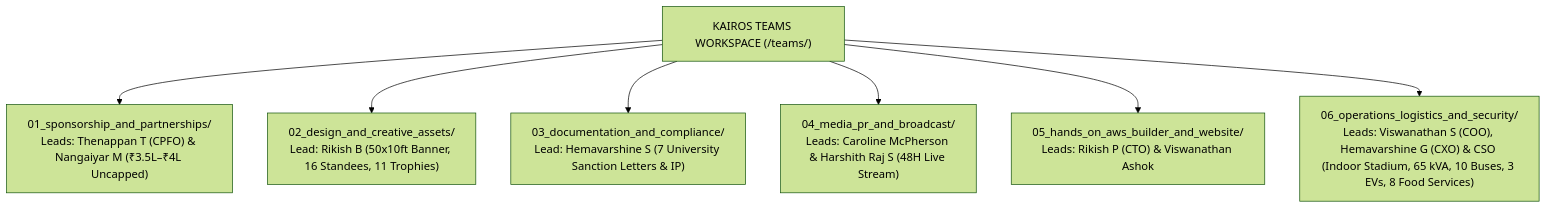
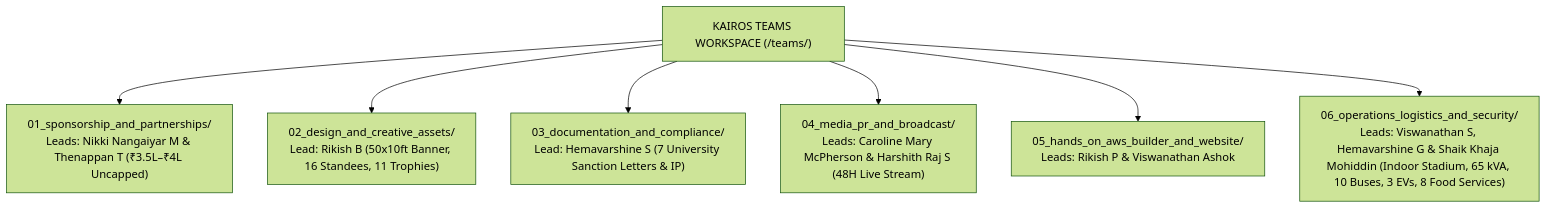
Before and after one commit to MasterZ1311/Kairos: the first of 3 diagrams in README.md, drawn with Mermaid (forest theme). The commit also changed other lines of this file and 48 other files, not shown here.

````diff
--- a/README.md
+++ b/README.md
@@ -34,11 +34,11 @@
 ```mermaid
 graph TD
     TEAMS["KAIROS TEAMS WORKSPACE (/teams/)"]
     
-    TEAMS --> T1["01_sponsorship_and_partnerships/<br/>Leads: Thenappan T (CPFO) & Nangaiyar M (₹3.5L–₹4L Uncapped)"]
+    TEAMS --> T1["01_sponsorship_and_partnerships/<br/>Leads: Nikki Nangaiyar M & Thenappan T (₹3.5L–₹4L Uncapped)"]
     TEAMS --> T2["02_design_and_creative_assets/<br/>Lead: Rikish B (50x10ft Banner, 16 Standees, 11 Trophies)"]
     TEAMS --> T3["03_documentation_and_compliance/<br/>Lead: Hemavarshine S (7 University Sanction Letters & IP)"]
-    TEAMS --> T4["04_media_pr_and_broadcast/<br/>Leads: Caroline McPherson & Harshith Raj S (48H Live Stream)"]
-    TEAMS --> T5["05_hands_on_aws_builder_and_website/<br/>Leads: Rikish P (CTO) & Viswanathan Ashok"]
-    TEAMS --> T6["06_operations_logistics_and_security/<br/>Leads: Viswanathan S (COO), Hemavarshine G (CXO) & CSO (Indoor Stadium, 65 kVA, 10 Buses, 3 EVs, 8 Food Services)"]
+    TEAMS --> T4["04_media_pr_and_broadcast/<br/>Leads: Caroline Mary McPherson & Harshith Raj S (48H Live Stream)"]
+    TEAMS --> T5["05_hands_on_aws_builder_and_website/<br/>Leads: Rikish P & Viswanathan Ashok"]
+    TEAMS --> T6["06_operations_logistics_and_security/<br/>Leads: Viswanathan S, Hemavarshine G & Shaik Khaja Mohiddin (Indoor Stadium, 65 kVA, 10 Buses, 3 EVs, 8 Food Services)"]
 ```
````
